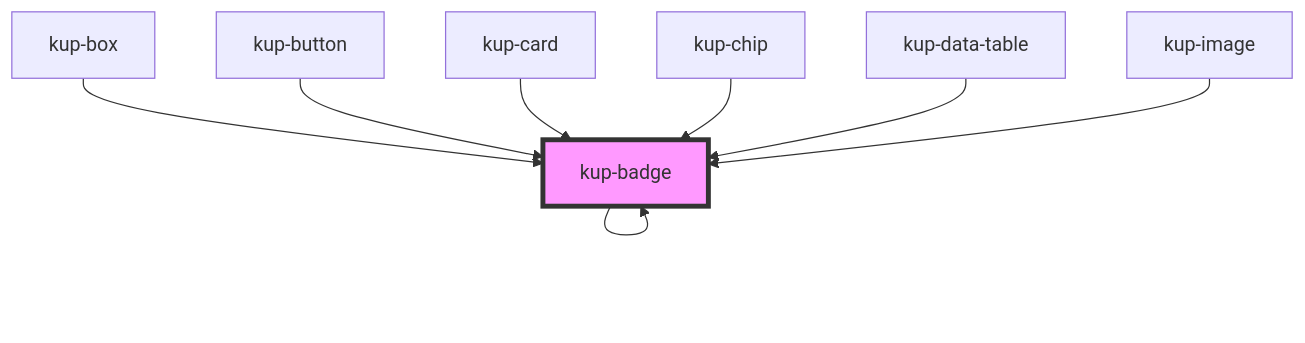
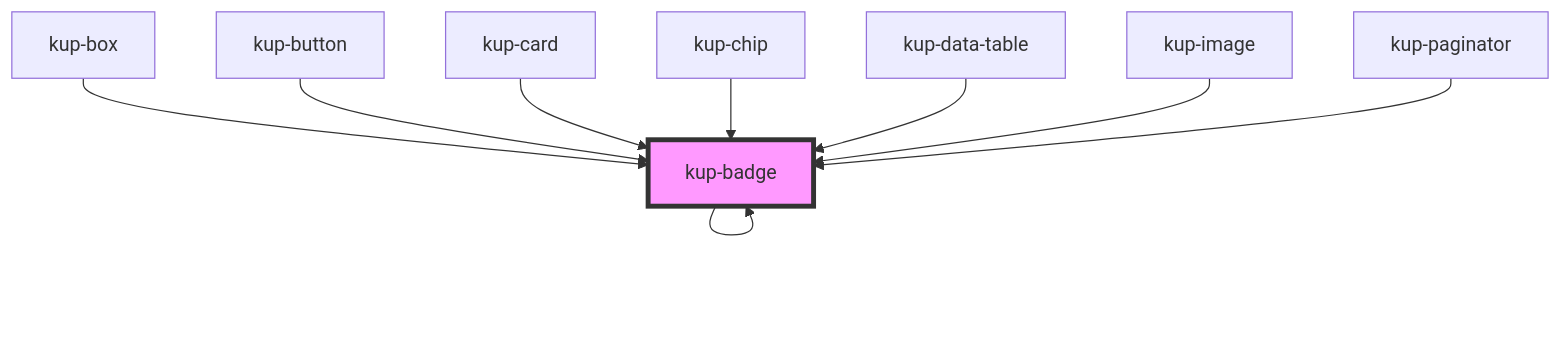
The diagram in packages/ketchup/src/components/kup-badge/readme.md (smeup/ketchup), drawn with Mermaid before and after one commit. The commit also changed other lines of this file and 26 other files, not shown here.

Commit message:
Generic FComponent type. Replaced kup-button with FButton in paginator and data table column menu.

````diff
--- a/packages/ketchup/src/components/kup-badge/readme.md
+++ b/packages/ketchup/src/components/kup-badge/readme.md
@@ -52,11 +53,12 @@
 ```mermaid
 graph TD;
   kup-badge --> kup-badge
   kup-box --> kup-badge
   kup-button --> kup-badge
   kup-card --> kup-badge
   kup-chip --> kup-badge
   kup-data-table --> kup-badge
   kup-image --> kup-badge
+  kup-paginator --> kup-badge
   style kup-badge fill:#f9f,stroke:#333,stroke-width:4px
 ```
````
